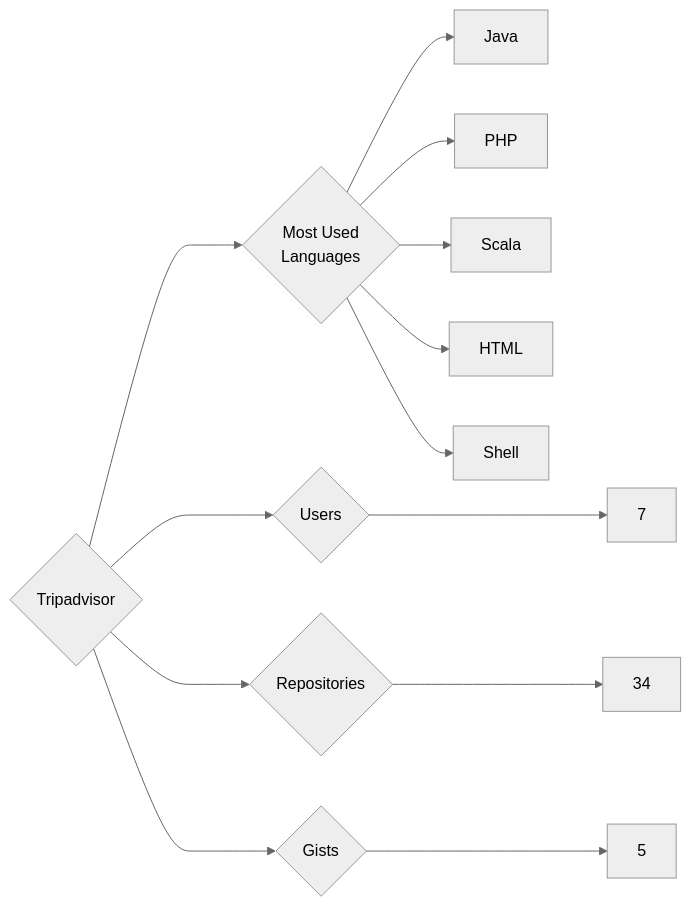
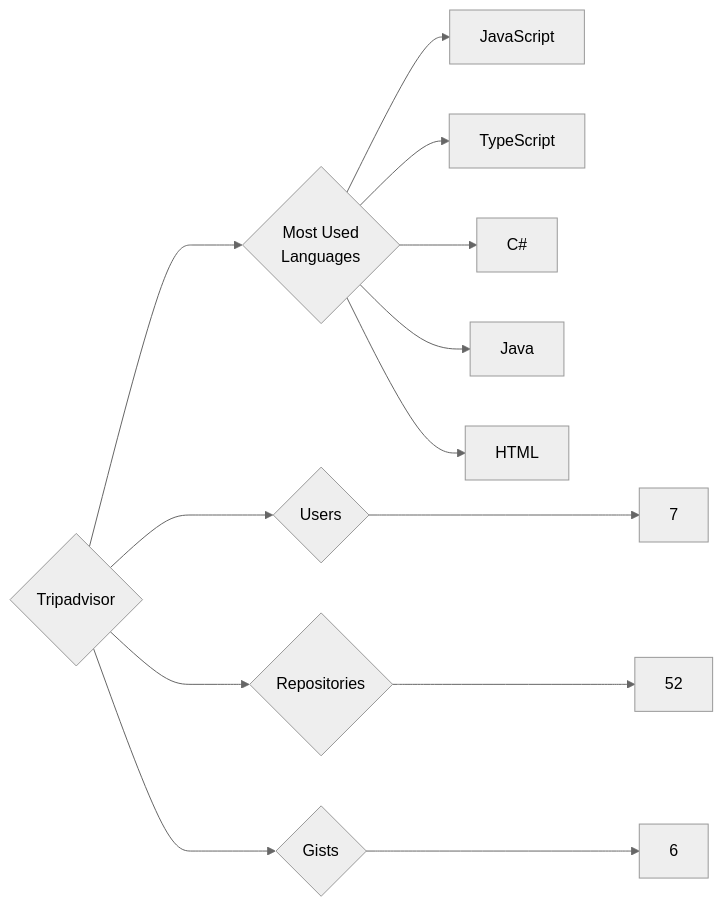
The diagram in targets/Tripadvisor/README.md (trickest/insiders), drawn with Mermaid (neutral theme) before and after one commit. The commit also changed 1496 other files, not shown here.

````diff
--- a/targets/Tripadvisor/README.md
+++ b/targets/Tripadvisor/README.md
@@ -3,13 +3,13 @@
 ```mermaid
 graph LR
 COMPANY_NAME{Tripadvisor}
 COMPANY_NAME ---> U{Users} ---> UN[7]
-COMPANY_NAME ---> R{Repositories} ---> RN[34]
-COMPANY_NAME ---> G{Gists} ---> GN[5]
+COMPANY_NAME ---> R{Repositories} ---> RN[52]
+COMPANY_NAME ---> G{Gists} ---> GN[6]
 COMPANY_NAME ---> ML{Most Used<br>Languages}
+ML --> JavaScript[JavaScript]
+ML --> TypeScript[TypeScript]
+ML --> C#[C#]
 ML --> Java[Java]
-ML --> PHP[PHP]
-ML --> Scala[Scala]
 ML --> HTML[HTML]
-ML --> Shell[Shell]
 ```
````
